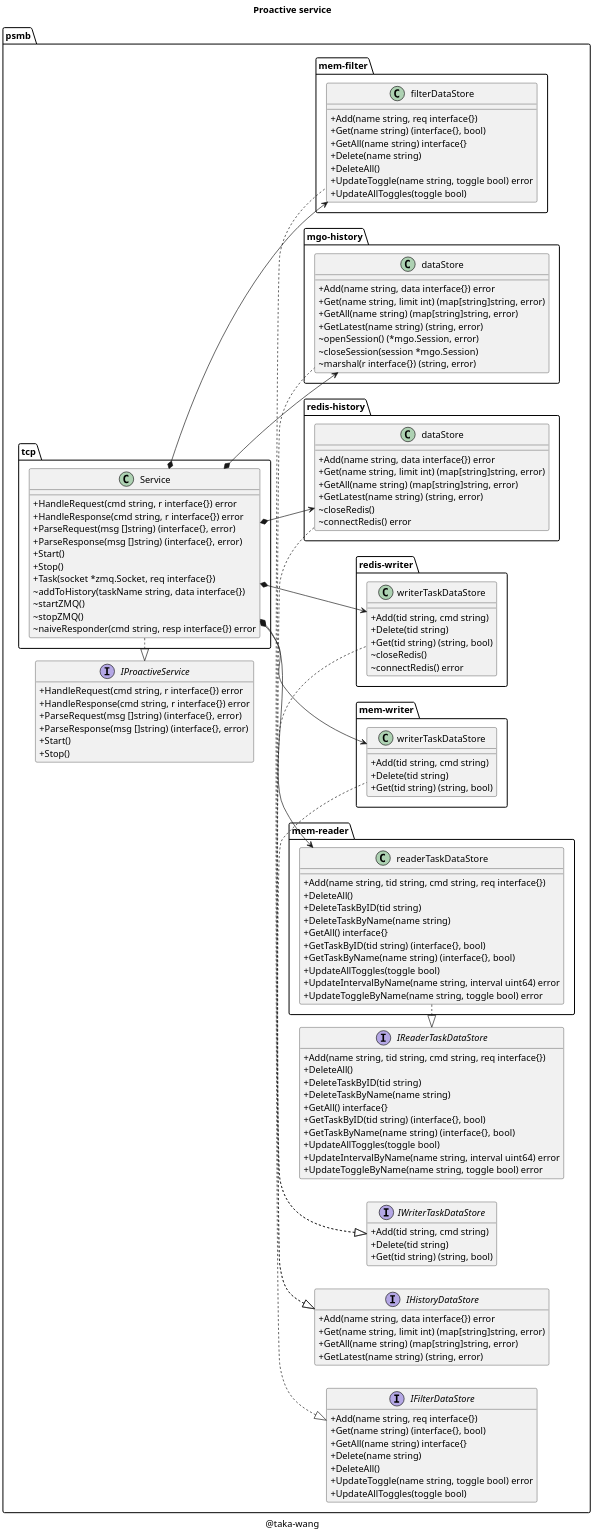
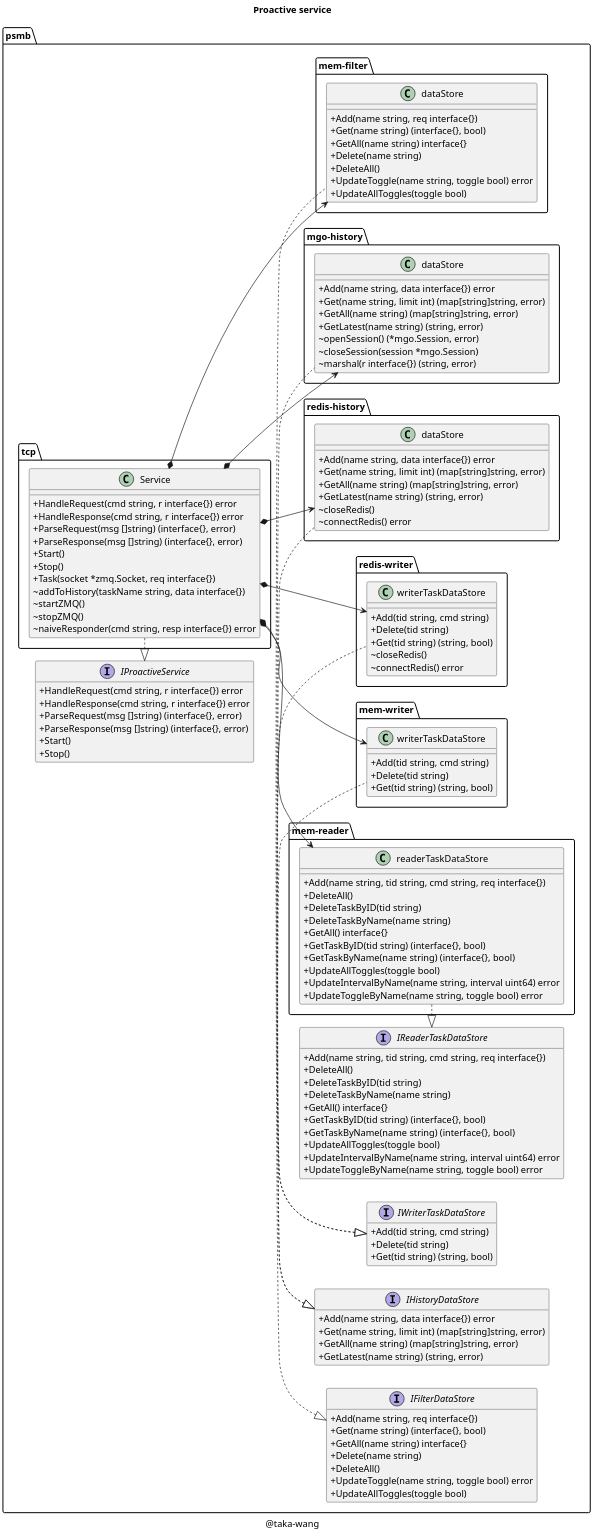
Before and after one commit to taka-wang/puml: the diagram in class/psmb.puml, drawn with PlantUML. The commit also changed 1 other file, not shown here.

Commit message:
update uml

```diff
--- a/class/psmb.puml
+++ b/class/psmb.puml
@@ -1,155 +1,155 @@
 @startuml
 
 set namespaceSeparator /
 scale 1920 width
 
 title Proactive service
 
 skinparam classAttributeIconSize 0
 
 ' implemented
 "psmb/IReaderTaskDataStore" <|. "psmb/mem-reader/readerTaskDataStore"
 "psmb/IWriterTaskDataStore" <|. "psmb/mem-writer/writerTaskDataStore"
 "psmb/IWriterTaskDataStore" <|. "psmb/redis-writer/writerTaskDataStore"
 "psmb/IHistoryDataStore" <|. "psmb/redis-history/dataStore"
 "psmb/IHistoryDataStore" <|. "psmb/mgo-history/dataStore"
 "psmb/IProactiveService" <|. "psmb/tcp/Service"
-"psmb/IFilterDataStore" <|. "psmb/mem-filter/filterDataStore"
+"psmb/IFilterDataStore" <|. "psmb/mem-filter/dataStore"
 
 ' composition
 "psmb/tcp/Service"  *-->  "psmb/mem-writer/writerTaskDataStore"
 "psmb/tcp/Service"  *-->  "psmb/redis-writer/writerTaskDataStore"
 "psmb/tcp/Service"  *-->  "psmb/redis-history/dataStore"
 "psmb/tcp/Service"  *-->  "psmb/mgo-history/dataStore"
 "psmb/tcp/Service"  *-->  "psmb/mem-reader/readerTaskDataStore"
-"psmb/tcp/Service"  *-->  "psmb/mem-filter/filterDataStore"
+"psmb/tcp/Service"  *-->  "psmb/mem-filter/dataStore"
 
 class psmb/redis-writer/writerTaskDataStore {
     +Add(tid string, cmd string)
     +Delete(tid string)
     +Get(tid string) (string, bool)
     ~closeRedis()
     ~connectRedis() error
 }
 
 class psmb/mem-writer/writerTaskDataStore {
     +Add(tid string, cmd string)
     +Delete(tid string)
     +Get(tid string) (string, bool)
 }
 
 class psmb/mem-reader/readerTaskDataStore {
     +Add(name string, tid string, cmd string, req interface{})
     +DeleteAll()
     +DeleteTaskByID(tid string)
     +DeleteTaskByName(name string)
     +GetAll() interface{}
     +GetTaskByID(tid string) (interface{}, bool)
     +GetTaskByName(name string) (interface{}, bool)
     +UpdateAllToggles(toggle bool)
     +UpdateIntervalByName(name string, interval uint64) error
     +UpdateToggleByName(name string, toggle bool) error
 }
 
 class psmb/redis-history/dataStore {
     +Add(name string, data interface{}) error
     +Get(name string, limit int) (map[string]string, error)
     +GetAll(name string) (map[string]string, error)
     +GetLatest(name string) (string, error)
     ~closeRedis()
     ~connectRedis() error
 }
 
 class psmb/mgo-history/dataStore {
     +Add(name string, data interface{}) error
     +Get(name string, limit int) (map[string]string, error)
     +GetAll(name string) (map[string]string, error)
     +GetLatest(name string) (string, error)
     ~openSession() (*mgo.Session, error)
     ~closeSession(session *mgo.Session)
     ~marshal(r interface{}) (string, error)
 }
 
 class psmb/tcp/Service {
     +HandleRequest(cmd string, r interface{}) error
     +HandleResponse(cmd string, r interface{}) error
     +ParseRequest(msg []string) (interface{}, error)
     +ParseResponse(msg []string) (interface{}, error)
     +Start()
     +Stop()
     +Task(socket *zmq.Socket, req interface{})
     ~addToHistory(taskName string, data interface{})
     ~startZMQ()
     ~stopZMQ()
     ~naiveResponder(cmd string, resp interface{}) error
 }
 
-class psmb/mem-filter/filterDataStore {
+class psmb/mem-filter/dataStore {
 	+Add(name string, req interface{})
 	+Get(name string) (interface{}, bool)
 	+GetAll(name string) interface{}
 	+Delete(name string)
 	+DeleteAll()
 	+UpdateToggle(name string, toggle bool) error
 	+UpdateAllToggles(toggle bool)
 }
 
 interface psmb/IHistoryDataStore {
     +Add(name string, data interface{}) error
     +Get(name string, limit int) (map[string]string, error)
     +GetAll(name string) (map[string]string, error)
     +GetLatest(name string) (string, error)
 }
 
 interface psmb/IReaderTaskDataStore {
     +Add(name string, tid string, cmd string, req interface{})
     +DeleteAll()
     +DeleteTaskByID(tid string)
     +DeleteTaskByName(name string)
     +GetAll() interface{}
     +GetTaskByID(tid string) (interface{}, bool)
     +GetTaskByName(name string) (interface{}, bool)
     +UpdateAllToggles(toggle bool)
     +UpdateIntervalByName(name string, interval uint64) error
     +UpdateToggleByName(name string, toggle bool) error
 }
 
 interface psmb/IFilterDataStore {
 	+Add(name string, req interface{})
 	+Get(name string) (interface{}, bool)
 	+GetAll(name string) interface{}
 	+Delete(name string)
 	+DeleteAll()
 	+UpdateToggle(name string, toggle bool) error
 	+UpdateAllToggles(toggle bool)
 }
 
 interface psmb/IWriterTaskDataStore {
     +Add(tid string, cmd string)
     +Delete(tid string)
     +Get(tid string) (string, bool)
 }
 
 interface psmb/IProactiveService {
     +HandleRequest(cmd string, r interface{}) error
     +HandleResponse(cmd string, r interface{}) error
     +ParseRequest(msg []string) (interface{}, error)
     +ParseResponse(msg []string) (interface{}, error)
     +Start()
     +Stop()
 }
 
 /'
 note top of psmb/IProactiveService : Proactive service contracts
 note top of psmb/IWriterTaskDataStore : Writer datastore contracts
 note top of psmb/IReaderTaskDataStore : Reader datastore contracts
 note top of psmb/IHistoryDataStore : Historian datastore contracts
 '/
 
 left to right direction
 
 caption @taka-wang
 
 hide interface fields
 
 @enduml
```
